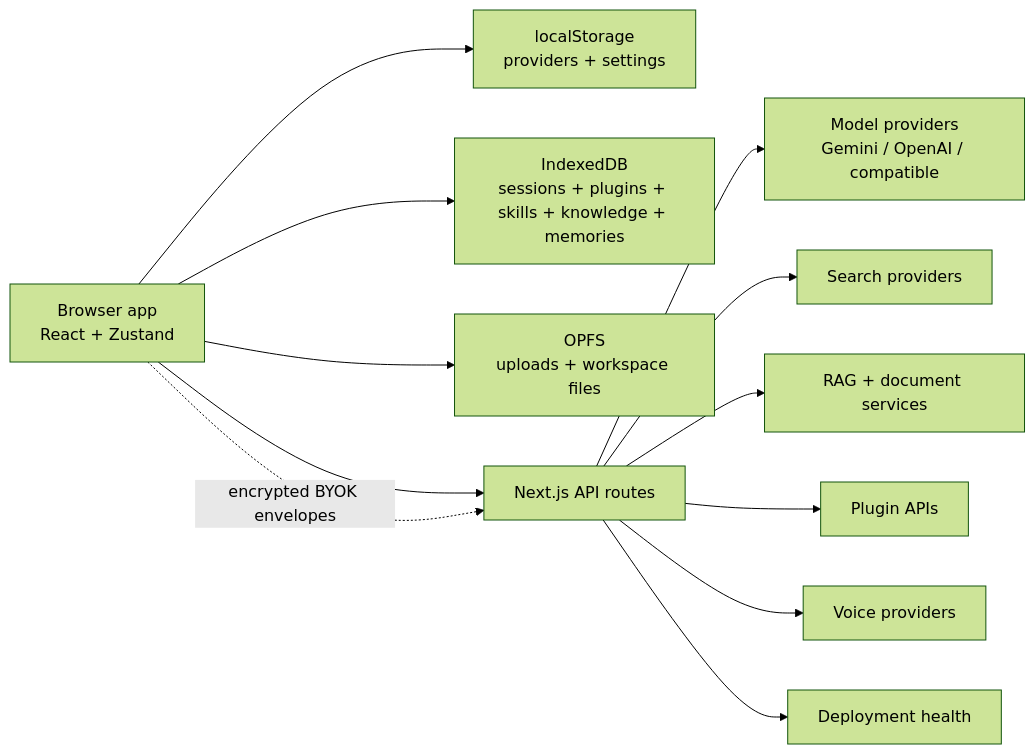
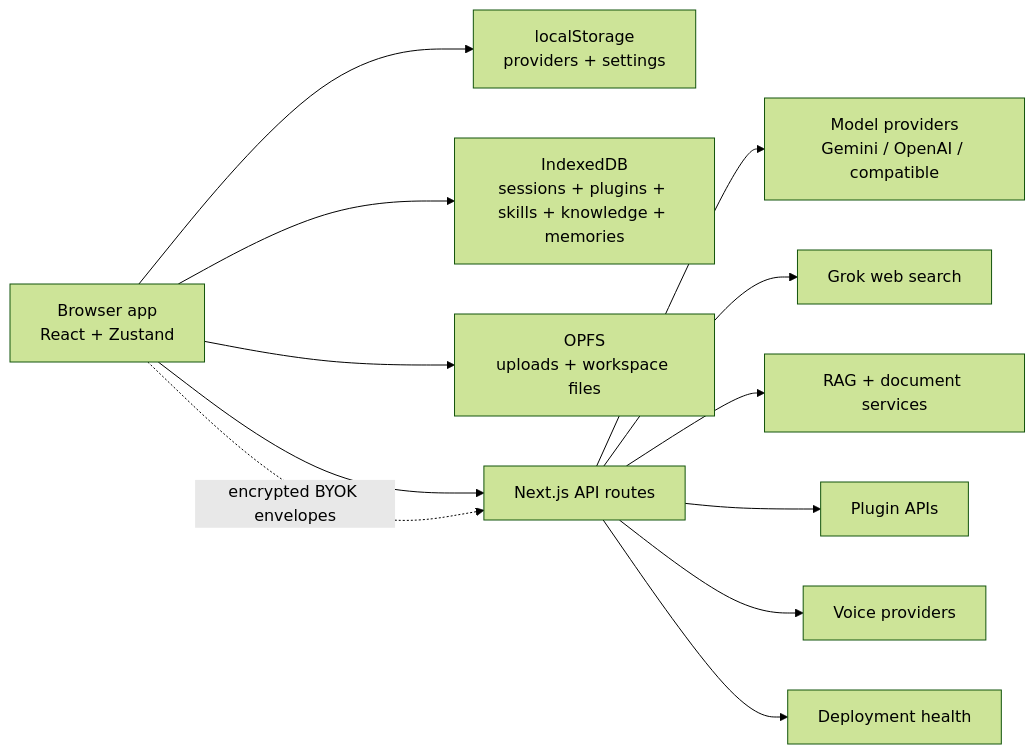
The diagram in README.md (woqunid/neo-chat), drawn with Mermaid (forest theme) before and after one commit. The commit also changed other lines of this file and 133 other files, not shown here.

````diff
--- a/README.md
+++ b/README.md
@@ -322,14 +322,14 @@
 ```mermaid
 flowchart LR
   Browser["Browser app\nReact + Zustand"] --> LocalStorage["localStorage\nproviders + settings"]
   Browser --> IndexedDB["IndexedDB\nsessions + plugins + skills + knowledge + memories"]
   Browser --> OPFS["OPFS\nuploads + workspace files"]
   Browser --> ApiRoutes["Next.js API routes"]
   ApiRoutes --> Providers["Model providers\nGemini / OpenAI / compatible"]
-  ApiRoutes --> Search["Search providers"]
+  ApiRoutes --> Search["Grok web search"]
   ApiRoutes --> Rag["RAG + document services"]
   ApiRoutes --> Plugins["Plugin APIs"]
   ApiRoutes --> Voice["Voice providers"]
   ApiRoutes --> Health["Deployment health"]
   Browser -. encrypted BYOK envelopes .-> ApiRoutes
 ```
````
